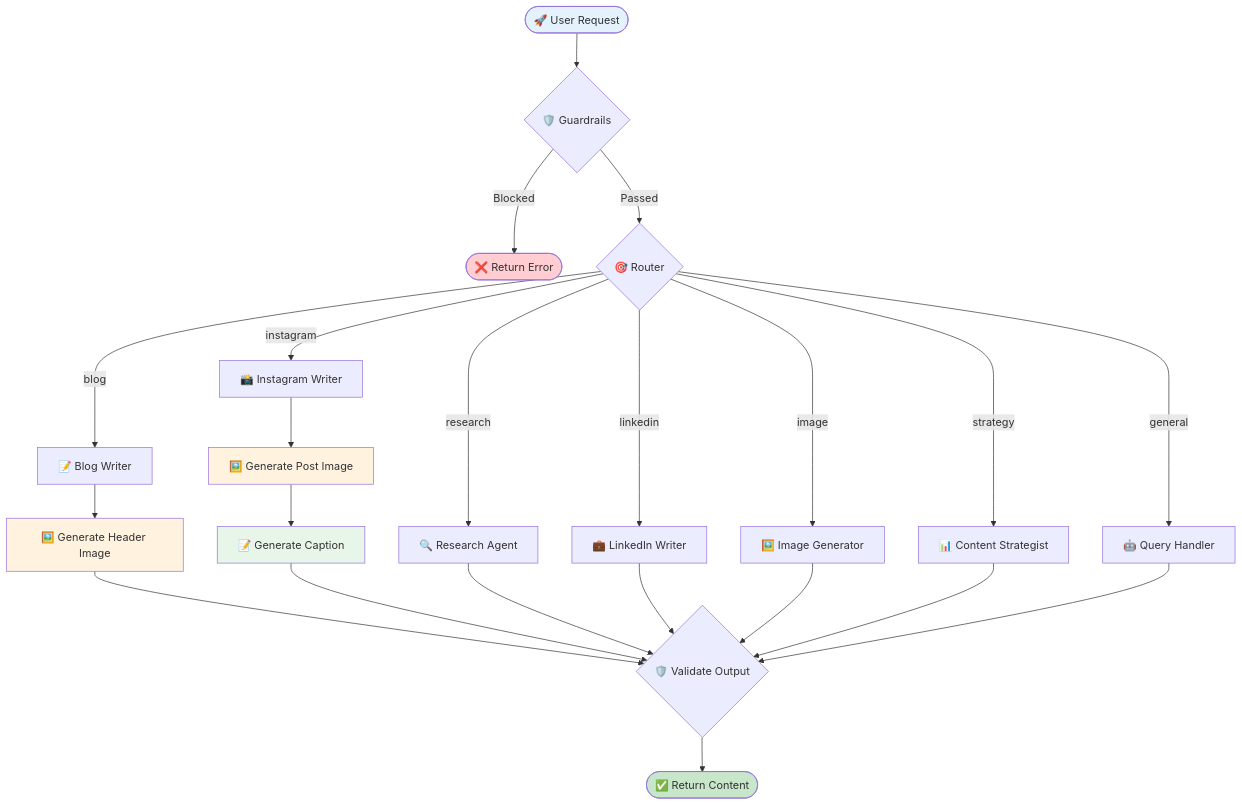
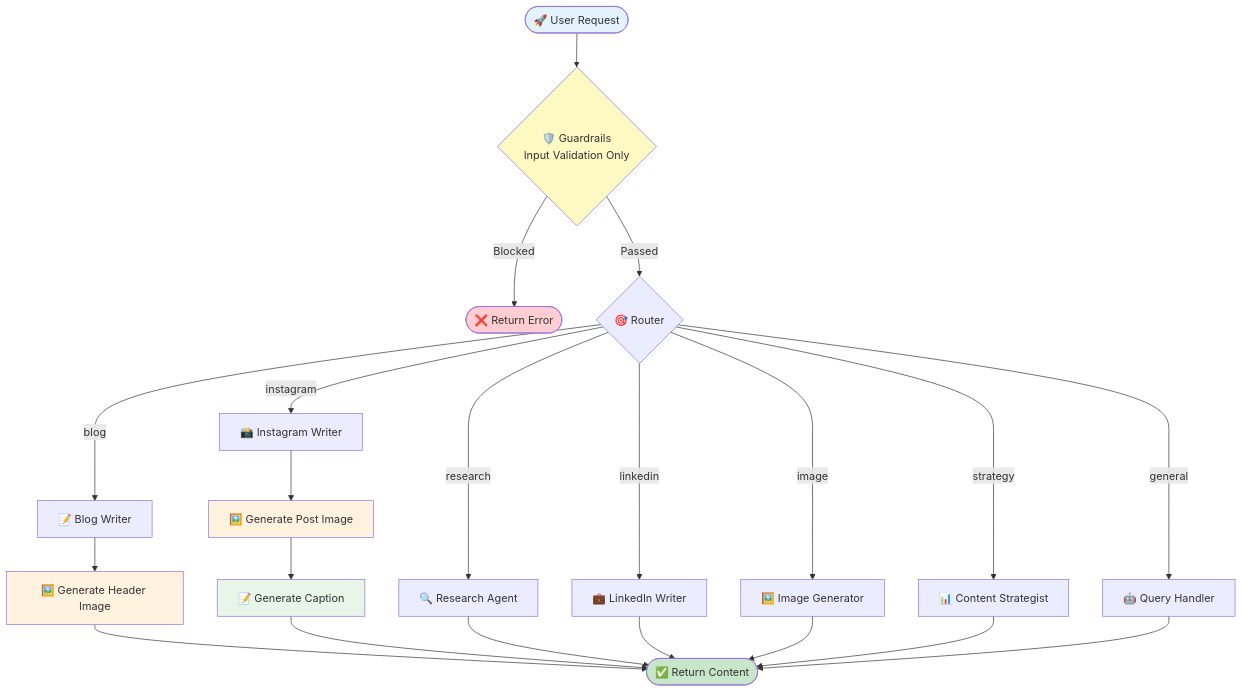
The first of 3 diagrams in docs/langgraph_flowchart.md (jayanthanantharaman/reach), drawn with Mermaid before and after one commit. The commit also changed other lines of this file and 2 other files, not shown here.

Commit message:
REACH - Updated guardrails flow

````diff
--- a/docs/langgraph_flowchart.md
+++ b/docs/langgraph_flowchart.md
@@ -78,36 +80,35 @@
 ```mermaid
 flowchart TD
-    START([🚀 User Request]) --> GUARDRAILS{🛡️ Guardrails}
+    START([🚀 User Request]) --> GUARDRAILS{🛡️ Guardrails<br/>Input Validation Only}
     GUARDRAILS -->|Blocked| END_BLOCKED([❌ Return Error])
     GUARDRAILS -->|Passed| ROUTER{🎯 Router}
     
     ROUTER -->|research| RESEARCH[🔍 Research Agent]
     ROUTER -->|blog| BLOG[📝 Blog Writer]
     ROUTER -->|linkedin| LINKEDIN[💼 LinkedIn Writer]
     ROUTER -->|instagram| INSTAGRAM[📸 Instagram Writer]
     ROUTER -->|image| IMAGE[🖼️ Image Generator]
     ROUTER -->|strategy| STRATEGY[📊 Content Strategist]
     ROUTER -->|general| GENERAL[🤖 Query Handler]
     
     BLOG --> BLOG_IMG[🖼️ Generate Header Image]
-    BLOG_IMG --> VALIDATE
+    BLOG_IMG --> SUCCESS
     
     INSTAGRAM --> IG_IMG[🖼️ Generate Post Image]
     IG_IMG --> IG_CAPTION[📝 Generate Caption]
-    IG_CAPTION --> VALIDATE
+    IG_CAPTION --> SUCCESS
     
-    RESEARCH --> VALIDATE{🛡️ Validate Output}
-    LINKEDIN --> VALIDATE
-    IMAGE --> VALIDATE
-    STRATEGY --> VALIDATE
-    GENERAL --> VALIDATE
-    
-    VALIDATE --> SUCCESS([✅ Return Content])
+    RESEARCH --> SUCCESS([✅ Return Content])
+    LINKEDIN --> SUCCESS
+    IMAGE --> SUCCESS
+    STRATEGY --> SUCCESS
+    GENERAL --> SUCCESS
 
     style START fill:#e3f2fd
     style END_BLOCKED fill:#ffcdd2
     style SUCCESS fill:#c8e6c9
+    style GUARDRAILS fill:#fff9c4
     style BLOG_IMG fill:#fff3e0
     style IG_IMG fill:#fff3e0
     style IG_CAPTION fill:#e8f5e9
 ```
````
